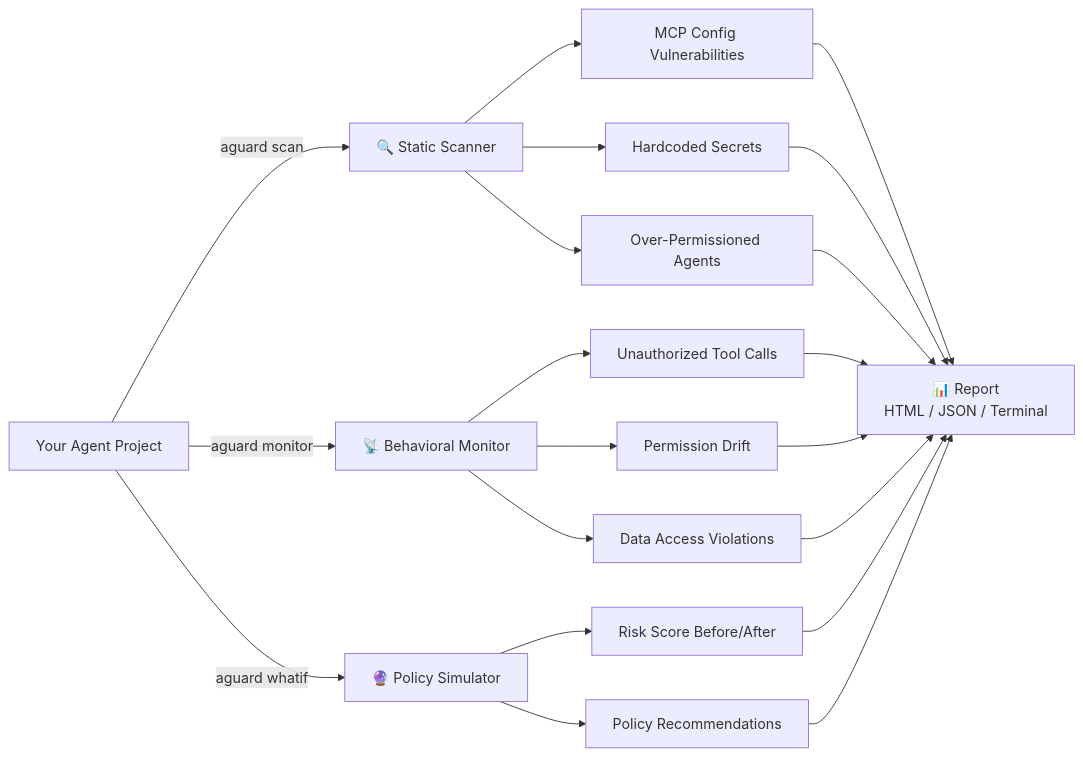
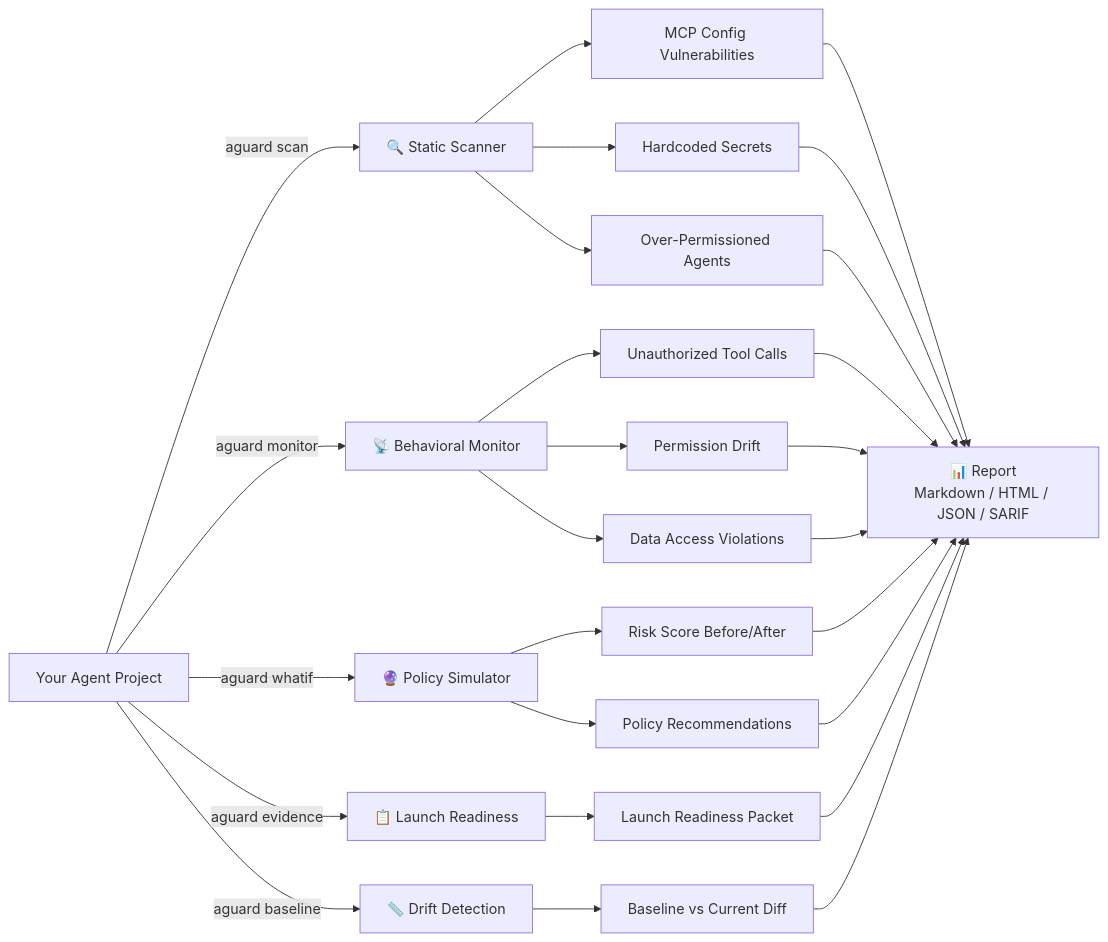
Before and after one commit to arshan846/pluto-aguard: the first of 5 diagrams in README.md, drawn with Mermaid. The commit also changed other lines of this file and 9 other files, not shown here.

First line of the commit message:
feat: add aguard evidence (launch packets) + aguard baseline (drift detection)

````diff
--- a/README.md
+++ b/README.md
@@ -37,19 +37,24 @@
 ```mermaid
 graph LR
     A[Your Agent Project] -->|aguard scan| B[🔍 Static Scanner]
     A -->|aguard monitor| C[📡 Behavioral Monitor]
     A -->|aguard whatif| D[🔮 Policy Simulator]
+    A -->|aguard evidence| E2[📋 Launch Readiness]
+    A -->|aguard baseline| F2[📏 Drift Detection]
 
     B --> E[MCP Config Vulnerabilities]
     B --> F[Hardcoded Secrets]
     B --> G[Over-Permissioned Agents]
 
     C --> H[Unauthorized Tool Calls]
     C --> I[Permission Drift]
     C --> J[Data Access Violations]
 
     D --> K[Risk Score Before/After]
     D --> L[Policy Recommendations]
 
-    E & F & G & H & I & J & K & L --> M[📊 Report<br/>HTML / JSON / Terminal]
+    E2 --> N[Launch Readiness Packet]
+    F2 --> O[Baseline vs Current Diff]
+
+    E & F & G & H & I & J & K & L & N & O --> M[📊 Report<br/>Markdown / HTML / JSON / SARIF]
 ```
````
